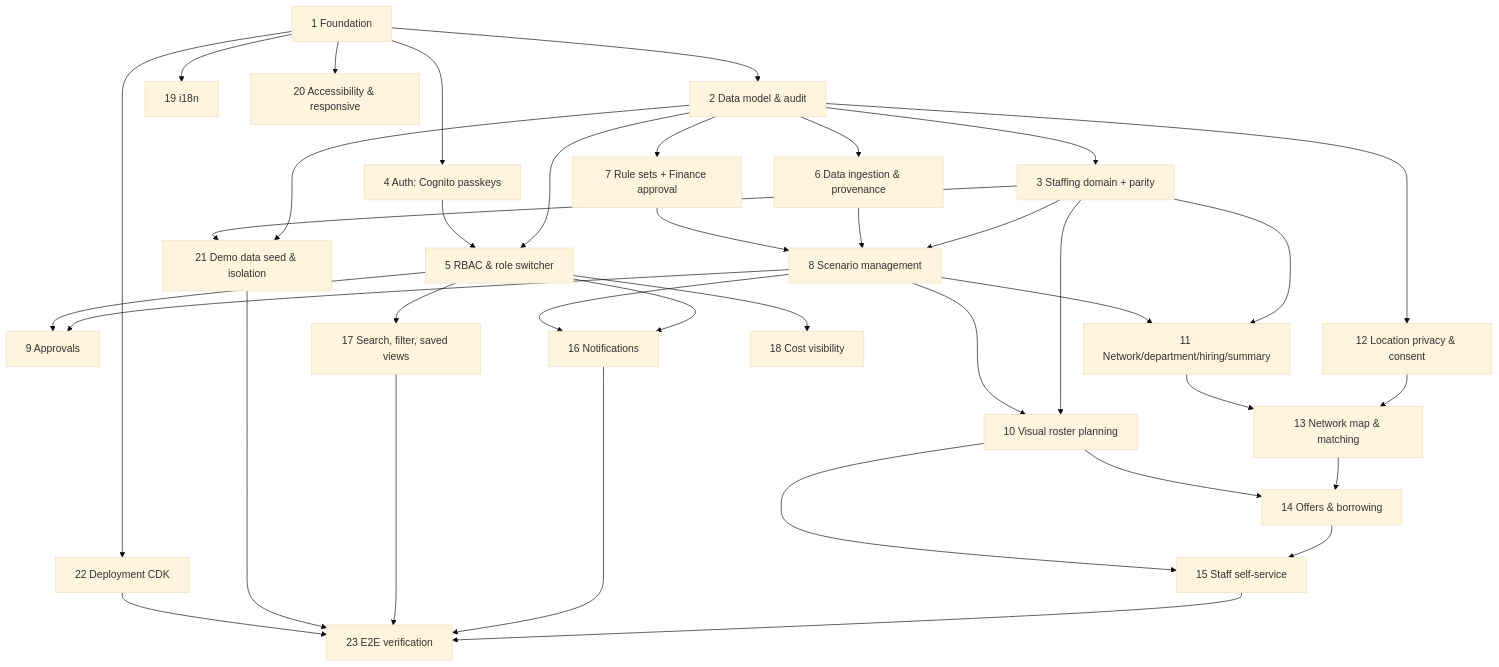
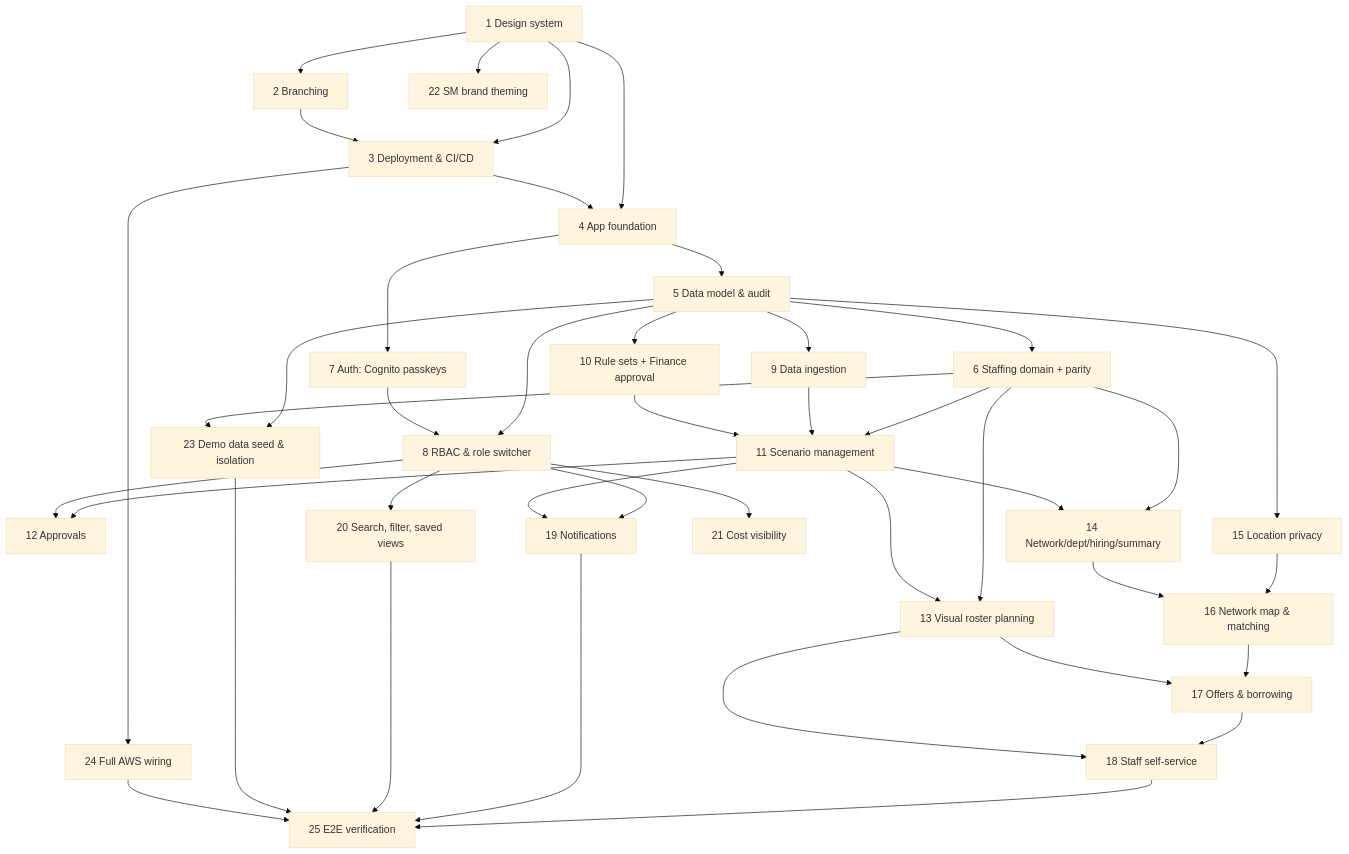
Before and after one commit to 1CloudHub/SM-CashierManagement: the diagram in .kiro/specs/cashier-staffing-planner/tasks.md, drawn with Mermaid (base theme). The commit also changed other lines of this file and 32 other files, not shown here.

First line of the commit message:
docs: add design-system foundation and reorder tasks

````diff
--- a/.kiro/specs/cashier-staffing-planner/tasks.md
+++ b/.kiro/specs/cashier-staffing-planner/tasks.md
@@ -204,40 +266,44 @@
 ```mermaid
 flowchart TD
-  T1[1 Foundation] --> T2[2 Data model & audit]
-  T2 --> T3[3 Staffing domain + parity]
-  T1 --> T4[4 Auth: Cognito passkeys]
-  T2 --> T5[5 RBAC & role switcher]
-  T4 --> T5
-  T2 --> T6[6 Data ingestion & provenance]
-  T2 --> T7[7 Rule sets + Finance approval]
-  T3 --> T8[8 Scenario management]
-  T6 --> T8
+  T1[1 Design system] --> T2[2 Branching]
+  T1 --> T3[3 Deployment & CI/CD]
+  T2 --> T3
+  T1 --> T4[4 App foundation]
+  T3 --> T4
+  T4 --> T5[5 Data model & audit]
+  T5 --> T6[6 Staffing domain + parity]
+  T4 --> T7[7 Auth: Cognito passkeys]
+  T5 --> T8[8 RBAC & role switcher]
   T7 --> T8
-  T8 --> T9[9 Approvals]
-  T5 --> T9
-  T3 --> T10[10 Visual roster planning]
-  T8 --> T10
-  T3 --> T11[11 Network/department/hiring/summary]
-  T8 --> T11
-  T2 --> T12[12 Location privacy & consent]
-  T12 --> T13[13 Network map & matching]
+  T5 --> T9[9 Data ingestion]
+  T5 --> T10[10 Rule sets + Finance approval]
+  T6 --> T11[11 Scenario management]
+  T9 --> T11
+  T10 --> T11
+  T11 --> T12[12 Approvals]
+  T8 --> T12
+  T6 --> T13[13 Visual roster planning]
   T11 --> T13
-  T13 --> T14[14 Offers & borrowing]
-  T10 --> T14
-  T14 --> T15[15 Staff self-service]
-  T10 --> T15
-  T5 --> T16[16 Notifications]
-  T8 --> T16
-  T5 --> T17[17 Search, filter, saved views]
-  T5 --> T18[18 Cost visibility]
-  T1 --> T19[19 i18n]
-  T1 --> T20[20 Accessibility & responsive]
-  T2 --> T21[21 Demo data seed & isolation]
-  T3 --> T21
-  T1 --> T22[22 Deployment CDK]
-  T15 --> T23[23 E2E verification]
-  T16 --> T23
-  T17 --> T23
-  T21 --> T23
-  T22 --> T23
+  T6 --> T14[14 Network/dept/hiring/summary]
+  T11 --> T14
+  T5 --> T15[15 Location privacy]
+  T15 --> T16[16 Network map & matching]
+  T14 --> T16
+  T16 --> T17[17 Offers & borrowing]
+  T13 --> T17
+  T17 --> T18[18 Staff self-service]
+  T13 --> T18
+  T8 --> T19[19 Notifications]
+  T11 --> T19
+  T8 --> T20[20 Search, filter, saved views]
+  T8 --> T21[21 Cost visibility]
+  T1 --> T22[22 SM brand theming]
+  T5 --> T23[23 Demo data seed & isolation]
+  T6 --> T23
+  T3 --> T24[24 Full AWS wiring]
+  T18 --> T25[25 E2E verification]
+  T19 --> T25
+  T20 --> T25
+  T23 --> T25
+  T24 --> T25
 ```
````
